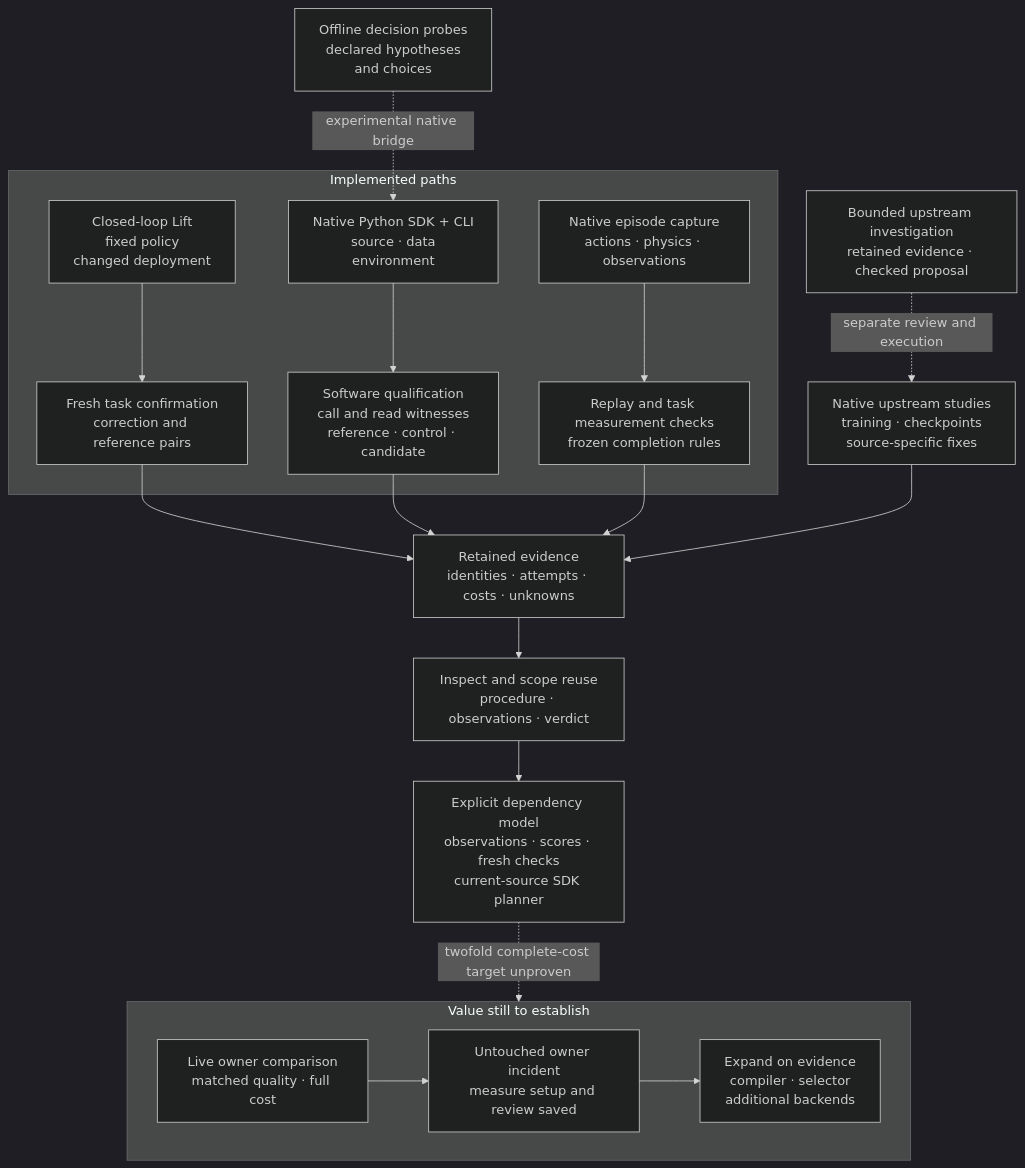
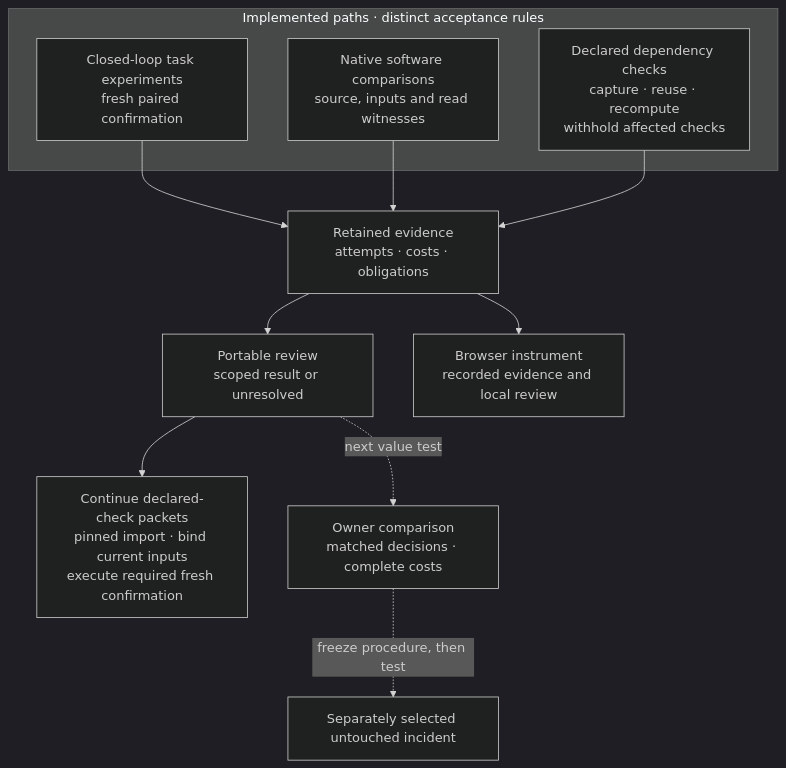
One commit to manfromnowhere143/nisayon changed the first of 3 diagrams in README.md. Above: the diagram before and after it, drawn with Mermaid (dark theme). The commit also changed other lines of this file and 2088 other files, not shown here.

First line of the commit message:
Publish declared qualification and integrated instrument

````diff
--- a/README.md
+++ b/README.md
@@ -69,25 +79,18 @@
 ```mermaid
 flowchart TB
-    accTitle: Nisayon execution, retained evidence, reuse and the next value test
-    accDescr: Closed-loop Lift experiments require fresh task confirmation. The native Python SDK checks declared software relations and owner-file reads. Native episode capture checks recorded physics and task measurements. Separate upstream studies qualify exact source and training recipes. A bounded investigation worker proposes follow-up work for review. All retain scoped evidence and costs. Procedure, observation and verdict reuse have different requirements. Owner savings and a separate untouched owner incident remain unproved; expansion depends on those results.
-    subgraph W["Implemented paths"]
-        T["Closed-loop Lift<br/>fixed policy<br/>changed deployment"] --> F["Fresh task confirmation<br/>correction and reference pairs"]
-        N["Native Python SDK + CLI<br/>source · data<br/>environment"] --> S["Software qualification<br/>call and read witnesses<br/>reference · control · candidate"]
-        L["Native episode capture<br/>actions · physics · observations"] --> M["Replay and task measurement checks<br/>frozen completion rules"]
+    accTitle: Implemented qualification paths and the next value test
+    accDescr: Three bounded paths retain their own evidence: closed-loop task experiments, native software comparisons, and declared dependency checks. Records support scoped portable review and browser inspection. Declared-check packets can continue through pinned import, current input binding and required fresh confirmation. Owner savings and repeat use on an untouched incident remain to establish.
+    subgraph B["Implemented paths · distinct acceptance rules"]
+        L["Closed-loop task experiments<br/>fresh paired confirmation"]
+        N["Native software comparisons<br/>source, inputs and read witnesses"]
+        Q["Declared dependency checks<br/>capture · reuse · recompute<br/>withhold affected checks"]
     end
-    M --> H
-    D["Offline decision probes<br/>declared hypotheses<br/>and choices"] -. "experimental native bridge" .-> N
-    I["Bounded upstream investigation<br/>retained evidence · checked proposal"] -. "separate review and execution" .-> X
-    X["Native upstream studies<br/>training · checkpoints<br/>source-specific fixes"] --> H
-    F --> H["Retained evidence<br/>identities · attempts · costs · unknowns"]
-    S --> H
-    H --> R["Inspect and scope reuse<br/>procedure · observations · verdict"]
-    R --> A["Explicit dependency model<br/>observations · scores · fresh checks<br/>current-source SDK planner"]
-    subgraph V["Value still to establish"]
-        direction LR
-        O["Live owner comparison<br/>matched quality · full cost"]
-        O --> U["Untouched owner incident<br/>measure setup and review saved"]
-        U --> P["Expand on evidence<br/>compiler · selector<br/>additional backends"]
-    end
-    A -. "twofold complete-cost target unproven" .-> V
+    L --> H["Retained evidence<br/>attempts · costs · obligations"]
+    N --> H
+    Q --> H
+    H --> R["Portable review<br/>scoped result or unresolved"]
+    H --> V["Browser instrument<br/>recorded evidence and local review"]
+    R --> I["Continue declared-check packets<br/>pinned import · bind current inputs<br/>execute required fresh confirmation"]
+    R -. "next value test" .-> O["Owner comparison<br/>matched decisions · complete costs"]
+    O -. "freeze procedure, then test" .-> T["Separately selected untouched incident"]
 ```
````
